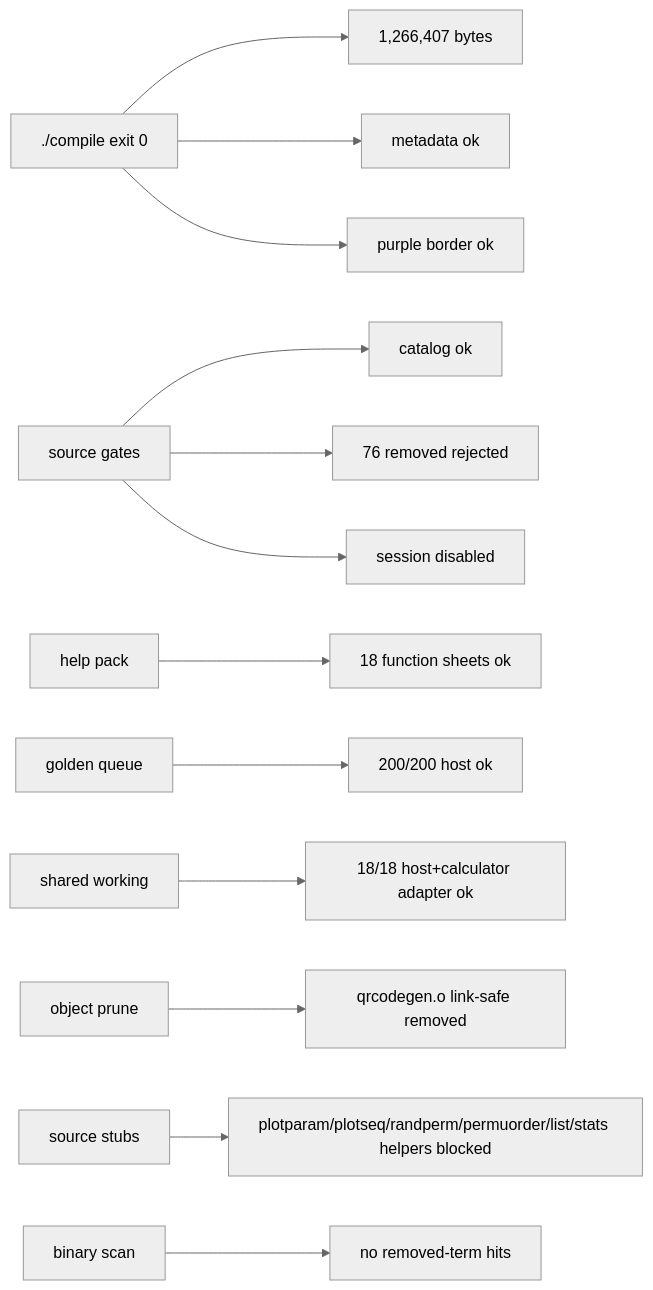
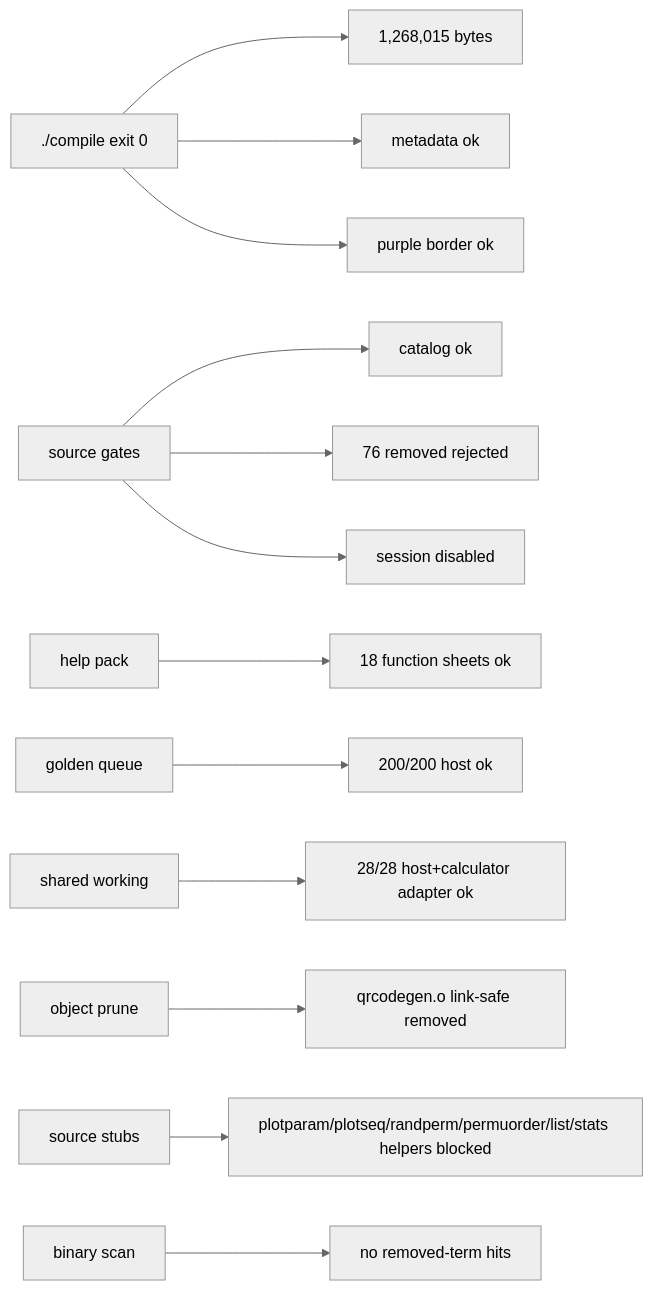
Before and after one commit to james8464/notes-addin-casio-fx-cg50: the seventh of 7 diagrams in docs/GRAPH.md, drawn with Mermaid (neutral theme). The commit also changed other lines of this file and 3 other files, not shown here.

Commit message:
expand shared working routes

````diff
--- a/docs/GRAPH.md
+++ b/docs/GRAPH.md
@@ -118,15 +118,15 @@
 ```mermaid
 graph LR
-  Build["./compile exit 0"] --> Size["1,266,407 bytes"]
+  Build["./compile exit 0"] --> Size["1,268,015 bytes"]
   Build --> Meta["metadata ok"]
   Build --> Border["purple border ok"]
   Source["source gates"] --> Catalog["catalog ok"]
   Source --> Removed["76 removed rejected"]
   Source --> Session["session disabled"]
   Help["help pack"] --> HelpQ["18 function sheets ok"]
   Queue["golden queue"] --> QueueRun["200/200 host ok"]
-  Shared["shared working"] --> SharedRun["18/18 host+calculator adapter ok"]
+  Shared["shared working"] --> SharedRun["28/28 host+calculator adapter ok"]
   Obj["object prune"] --> QR["qrcodegen.o link-safe removed"]
   Macro["source stubs"] --> Stubbed["plotparam/plotseq/randperm/permuorder/list/stats helpers blocked"]
   Bin["binary scan"] --> NoLeak["no removed-term hits"]
 ```
````
